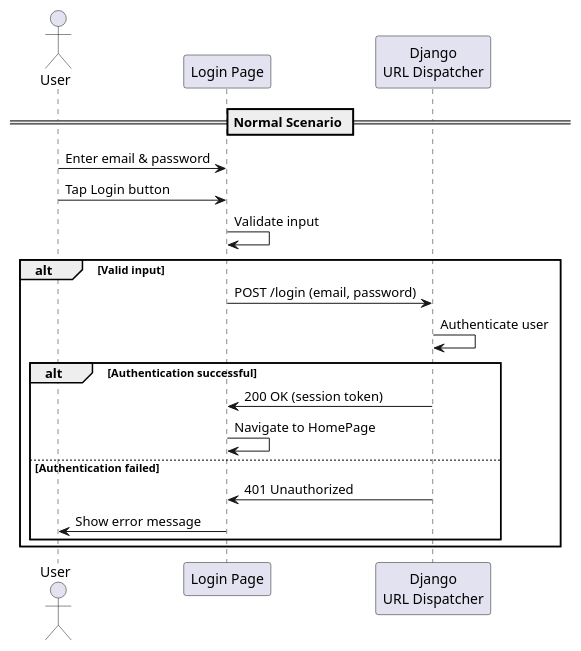
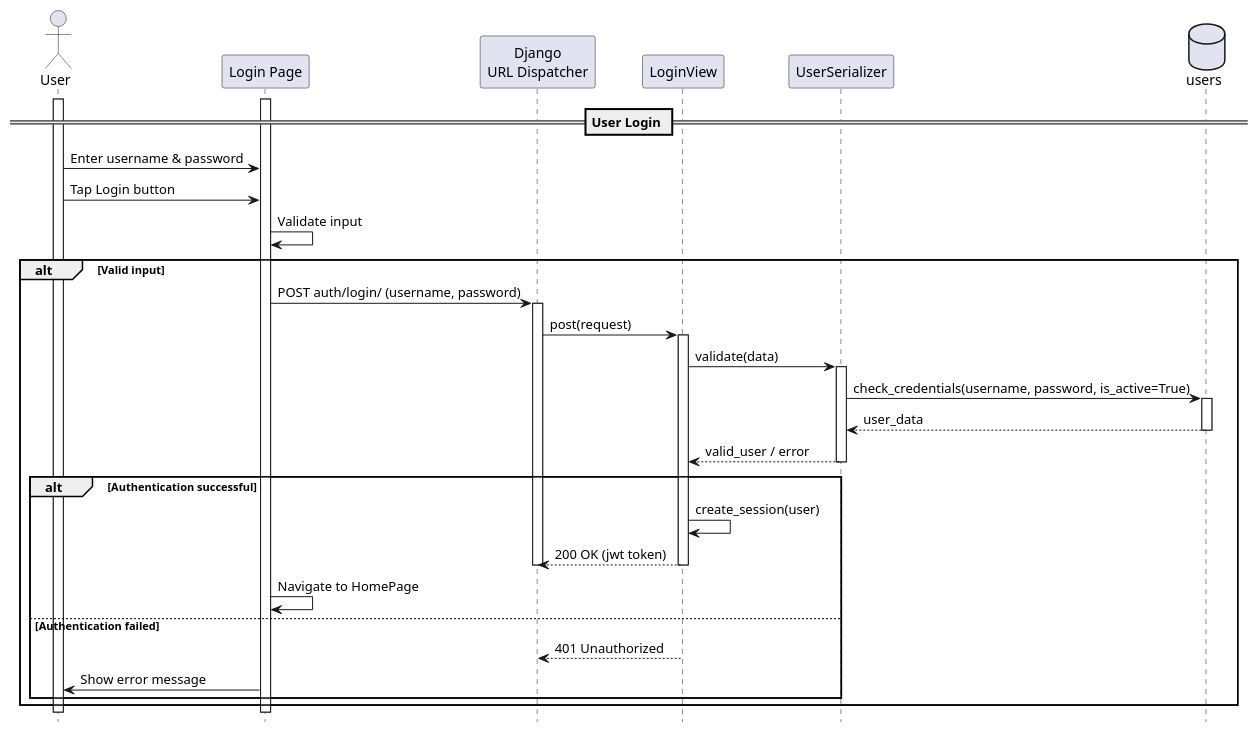
The diagram in registration/login.puml (KMITL-BusBuddy/diagram), drawn with PlantUML before and after one commit. The commit also changed 10 other files, not shown here.

Commit message:
add profile feed post login register

```diff
--- a/registration/login.puml
+++ b/registration/login.puml
@@ -1,23 +1,58 @@
-@startuml
+@startuml user_login
+
+hide footbox
 
 actor User
 participant "Login Page" as UI
 participant "Django\nURL Dispatcher" as API
+participant "LoginView" as view_login
+participant "UserSerializer" as serializer_user
+database "users" as table_users
 
-== Normal Scenario ==
-User -> UI: Enter email & password
+== User Login ==
+activate User
+activate UI
+User -> UI: Enter username & password
 User -> UI: Tap Login button
+
 UI -> UI: Validate input
+
 alt Valid input
-    UI -> API: POST /login (email, password)
-    API -> API: Authenticate user
+    UI -> API: POST auth/login/ (username, password)
+    activate API
+
+    API -> view_login: post(request)
+    activate view_login
+
+    view_login -> serializer_user: validate(data)
+    activate serializer_user
+
+    serializer_user -> table_users: check_credentials(username, password, is_active=True)
+    activate table_users
+
+    table_users --> serializer_user: user_data
+    deactivate table_users
+
+    serializer_user --> view_login: valid_user / error
+    deactivate serializer_user
+
     alt Authentication successful
-        API -> UI: 200 OK (session token)
+        view_login -> view_login: create_session(user)
+        view_login --> API: 200 OK (jwt token)
+        deactivate view_login
+        deactivate API
+
         UI -> UI: Navigate to HomePage
     else Authentication failed
-        API -> UI: 401 Unauthorized
+        view_login --> API: 401 Unauthorized
+        deactivate view_login
+        deactivate API
+
         UI -> User: Show error message
     end
 end
 
+deactivate UI
+deactivate User
+
 @enduml
```
